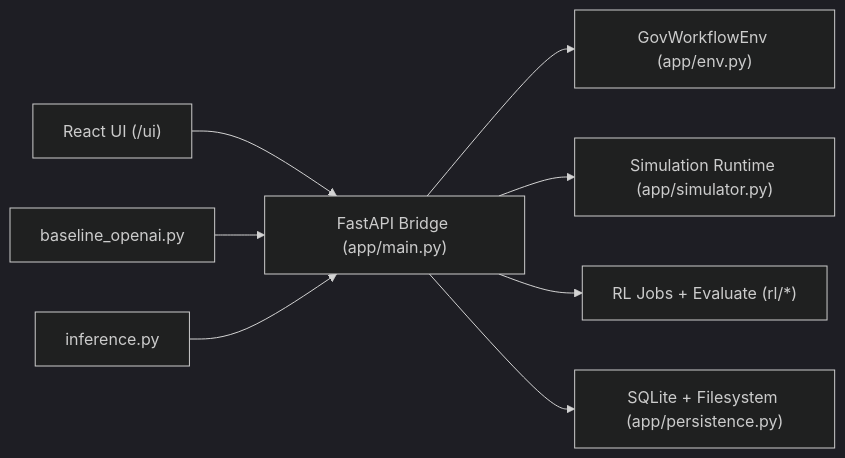
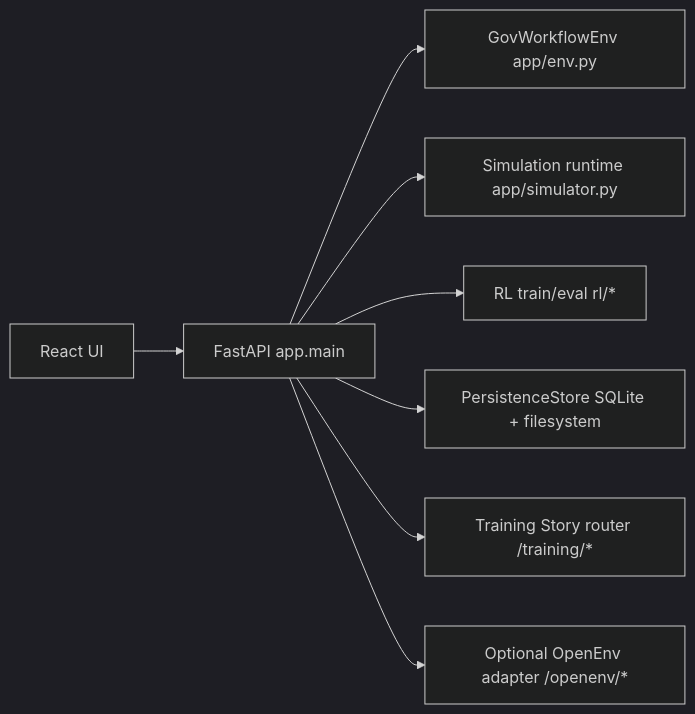
Before and after one commit to SiddharajShirke/OPENENV_RL: the diagram in README.md, drawn with Mermaid (dark theme). The commit also changed other lines of this file and 40 other files, not shown here.

````diff
--- a/README.md
+++ b/README.md
@@ -67,10 +49,10 @@
 ```mermaid
 flowchart LR
-  UI["React UI (/ui)"] --> API["FastAPI Bridge (app/main.py)"]
-  API --> ENV["GovWorkflowEnv (app/env.py)"]
-  API --> SIM["Simulation Runtime (app/simulator.py)"]
-  API --> RL["RL Jobs + Evaluate (rl/*)"]
-  API --> STORE["SQLite + Filesystem (app/persistence.py)"]
-  CLI1["baseline_openai.py"] --> API
-  CLI2["inference.py"] --> API
+  UI["React UI"] --> API["FastAPI app.main"]
+  API --> ENV["GovWorkflowEnv app/env.py"]
+  API --> SIM["Simulation runtime app/simulator.py"]
+  API --> RL["RL train/eval rl/*"]
+  API --> STORE["PersistenceStore SQLite + filesystem"]
+  API --> STORY["Training Story router /training/*"]
+  API --> OPENENV["Optional OpenEnv adapter /openenv/*"]
 ```
````
